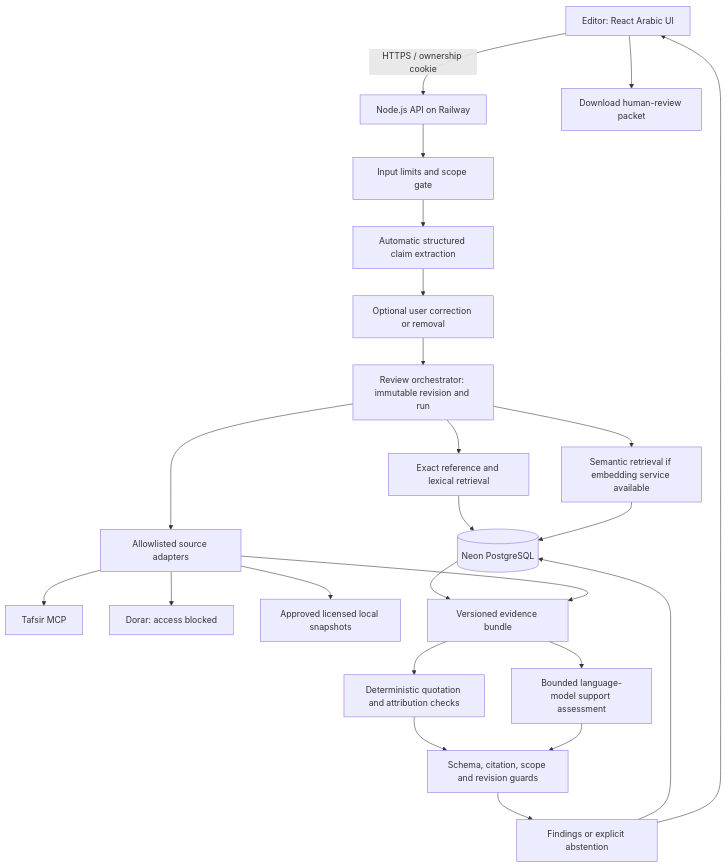
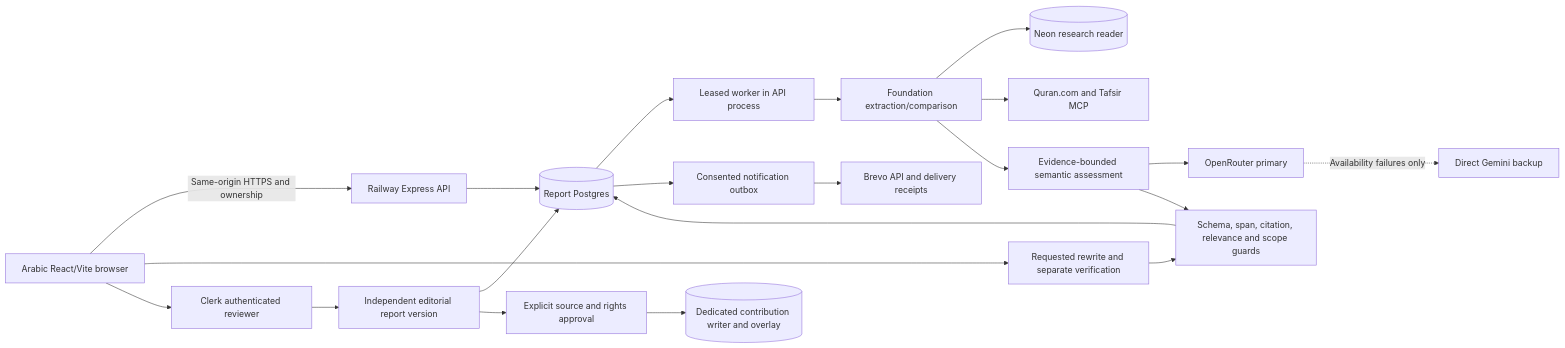
Before and after one commit to smaq777/Basira-Hackathon: the diagram in docs/architecture/ARCHITECTURE.md, drawn with Mermaid. The commit also changed other lines of this file and 11 other files, not shown here.

````diff
--- a/docs/architecture/ARCHITECTURE.md
+++ b/docs/architecture/ARCHITECTURE.md
@@ -11,26 +7,23 @@
 ```mermaid
-flowchart TD
-  U[Editor: React Arabic UI] -->|HTTPS / ownership cookie| A[Node.js API on Railway]
-  A --> V[Input limits and scope gate]
-  V --> X[Automatic structured claim extraction]
-  X --> C[Optional user correction or removal]
-  C --> R[Review orchestrator: immutable revision and run]
-  R --> Q[Exact reference and lexical retrieval]
-  R --> S[Semantic retrieval if embedding service available]
-  Q --> DB[(Neon PostgreSQL)]
-  S --> DB
-  R --> AD[Allowlisted source adapters]
-  AD --> T[Tafsir MCP]
-  AD --> D[Dorar: access blocked]
-  AD --> L[Approved licensed local snapshots]
-  DB --> E[Versioned evidence bundle]
-  AD --> E
-  E --> M[Deterministic quotation and attribution checks]
-  E --> LM[Bounded language-model support assessment]
-  M --> G[Schema, citation, scope and revision guards]
-  LM --> G
-  G --> O[Findings or explicit abstention]
-  O --> DB
-  O --> U
-  U --> H[Download human-review packet]
+flowchart LR
+  B[Arabic React/Vite browser] -->|Same-origin HTTPS and ownership| A[Railway Express API]
+  A --> D[(Report Postgres)]
+  D --> W[Leased worker in API process]
+  W --> H[Foundation extraction/comparison]
+  H --> N[(Neon research reader)]
+  H --> T[Quran.com and Tafsir MCP]
+  H --> S[Evidence-bounded semantic assessment]
+  S --> O[OpenRouter primary]
+  O -. Availability failures only .-> G[Direct Gemini backup]
+  S --> V[Schema, span, citation, relevance and scope guards]
+  V --> D
+  B --> RW[Requested rewrite and separate verification]
+  RW --> V
+  B --> C[Clerk authenticated reviewer]
+  C --> E[Independent editorial report version]
+  E --> D
+  E --> P[Explicit source and rights approval]
+  P --> NW[(Dedicated contribution writer and overlay)]
+  D --> M[Consented notification outbox]
+  M --> BR[Brevo API and delivery receipts]
 ```
````
